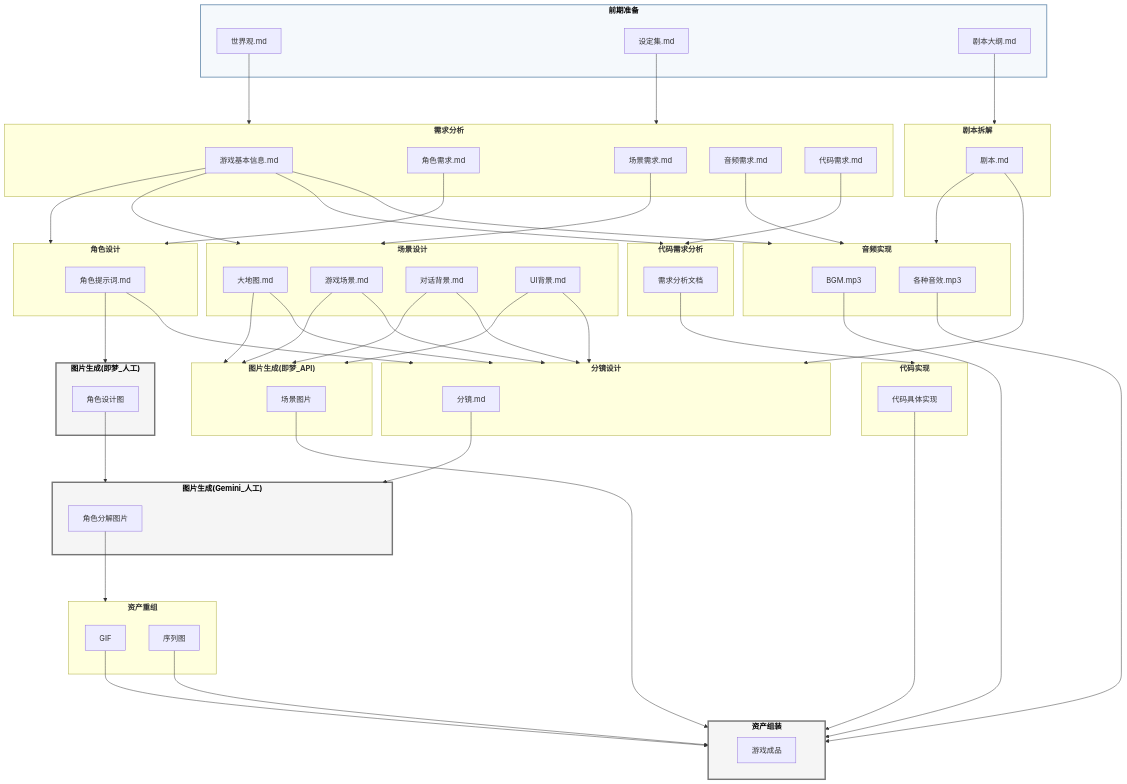
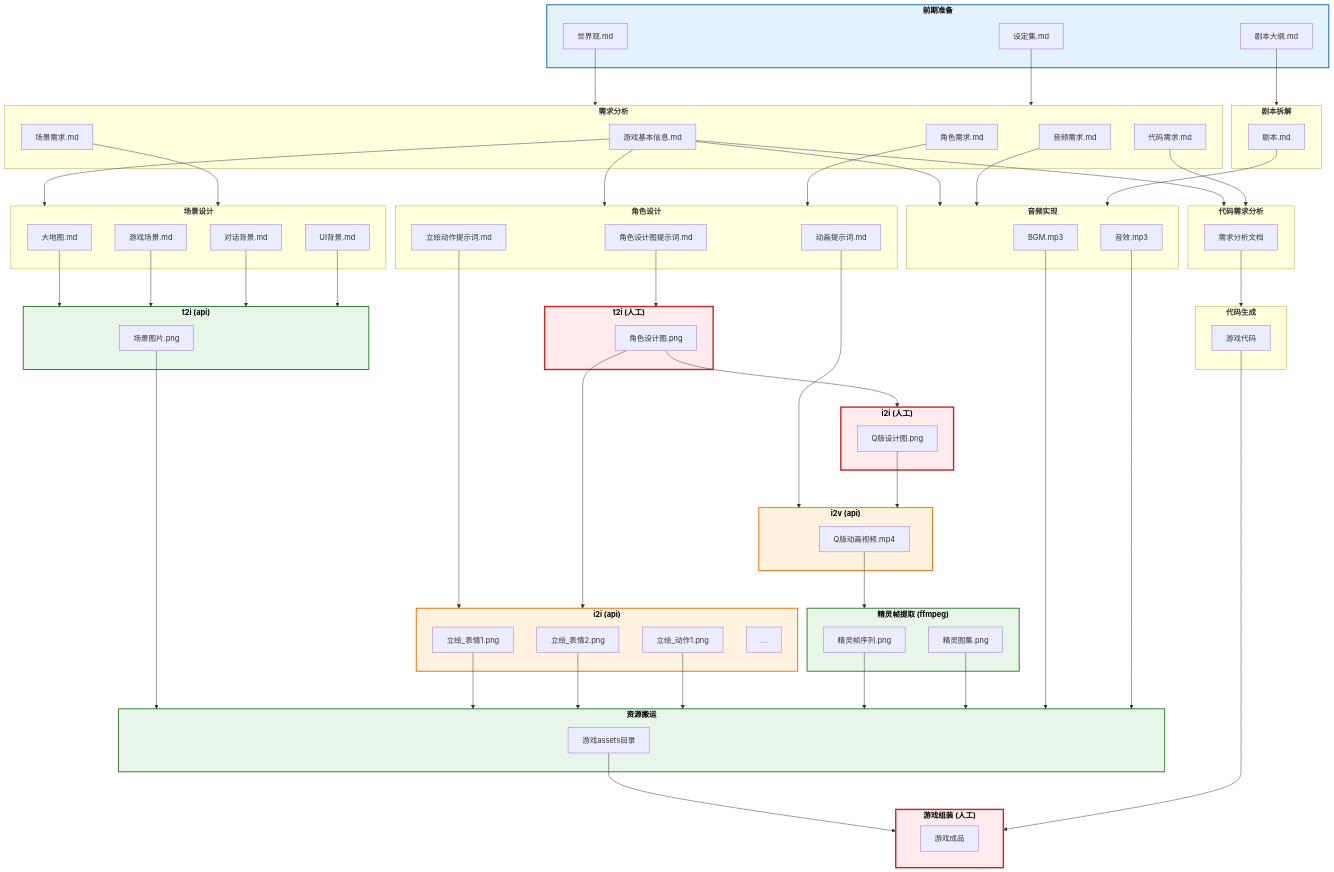
The diagram in README.md (CrazyJinn/AllCopper), drawn with Mermaid before and after one commit. The commit also changed other lines of this file and 52 other files, not shown here.

````diff
--- a/README.md
+++ b/README.md
@@ -3,5 +3,5 @@
 ```mermaid
-%%{init: {'flowchart': {'nodeSpacing': 50, 'rankSpacing': 100, 'curve': 'basis', 'htmlLabels': true}, 'themeVariables': {'nodeTextAlignment': 'center', 'subGraphTitleFontWeight': 'bold'}}}%%
+%%{init: {'flowchart': {'nodeSpacing': 50, 'rankSpacing': 80, 'curve': 'basis', 'htmlLabels': true}, 'themeVariables': {'nodeTextAlignment': 'center', 'subGraphTitleFontWeight': 'bold'}}}%%
 flowchart TB
     %% ========== 前期准备 ==========
     subgraph S0前期准备["<b>前期准备</b>"]
@@ -26,7 +26,9 @@
 
     %% ========== 3. 角色设计 ==========
     subgraph S3角色设计["<b>角色设计</b>"]
-        S3O1[角色提示词.md]
+        S3O1[角色设计图提示词.md]
+        S3O2[立绘动作提示词.md]
+        S3O3[动画提示词.md]
     end
 
     %% ========== 4. 场景设计 ==========
@@ -42,79 +44,95 @@
         S5O1[需求分析文档]
     end
 
-    %% ========== 6. 角色实现 ==========
-    subgraph S6角色实现["<b>图片生成(即梦_人工)</b>"]
-        S6O1[角色设计图]
+    %% ========== 6. t2i(人工) ==========
+    subgraph S6t2i人工["<b>t2i (人工)</b>"]
+        S6O1[角色设计图.png]
     end
 
-    %% ========== 7. 场景实现 ==========
-    subgraph S7场景实现["<b>图片生成(即梦_API)</b>"]
-        S7O1[场景图片]
+    %% ========== 7. t2i(api) ==========
+    subgraph S7t2iapi["<b>t2i (api)</b>"]
+        S7O1[场景图片.png]
     end
 
-    %% ========== 8. 音频实现 ==========
-    subgraph S8音频实现["<b>音频实现</b>"]
-        S8O1[BGM.mp3]
-        S8O2[各种音效.mp3]
+    %% ========== 8. i2i(图片) ==========
+    subgraph S8i2i图片["<b>i2i (api)</b>"]
+        S8O1[立绘_表情1.png]
+        S8O2[立绘_表情2.png]
+        S8O3[立绘_动作1.png]
+        S8O4[...]
     end
 
-    %% ========== 9. 代码实现 ==========
-    subgraph S9代码实现["<b>代码实现</b>"]
-        S9O1[代码具体实现]
+    %% ========== 9. i2i(人工) ==========
+    subgraph S9i2i人工["<b>i2i (人工)</b>"]
+        S9O1[Q版设计图.png]
     end
 
-    %% ========== 10. 分镜设计 ==========
-    subgraph S10分镜设计["<b>分镜设计</b>"]
-        S10O1[分镜.md]
+    %% ========== 10. i2v(api) ==========
+    subgraph S10i2vapi["<b>i2v (api)</b>"]
+        S10O1[Q版动画视频.mp4]
     end
 
-    %% ========== 11. 角色分解 ==========
-    subgraph S11角色分解["<b>图片生成(Gemini_人工)</b>"]
-        S11O1[角色分解图片]
+    %% ========== 11. 精灵帧提取 ==========
+    subgraph S11精灵帧提取["<b>精灵帧提取 (ffmpeg)</b>"]
+        S11O1[精灵帧序列.png]
+        S11O2[精灵图集.png]
     end
 
-    %% ========== 12. 资产重组 ==========
-    subgraph S12资产重组["<b>资产重组</b>"]
-        S12O1[GIF]
-        S12O2[序列图]
+    %% ========== 12. 音频实现 ==========
+    subgraph S12音频实现["<b>音频实现</b>"]
+        S12O1[BGM.mp3]
+        S12O2[音效.mp3]
     end
 
-    %% ========== 13. 资产组装 ==========
-    subgraph S13资产组装["<b>资产组装</b>"]
-        S13O1[游戏成品]
+    %% ========== 13. 代码生成 ==========
+    subgraph S13代码生成["<b>代码生成</b>"]
+        S13O1[游戏代码]
+    end
+
+    %% ========== 14. 资源搬运 ==========
+    subgraph S14资源搬运["<b>资源搬运</b>"]
+        S14O1[游戏assets目录]
+    end
+
+    %% ========== 15. 游戏组装 ==========
+    subgraph S15游戏组装["<b>游戏组装 (人工)</b>"]
+        S15O1[游戏成品]
     end
 
     %% ========== 主流程连接线 ==========
     A1 & A2 --> S1需求分析
-
     A3 --> S2剧本拆解
 
     S1O1 & S1O2 --> S3角色设计
-
     S1O1 & S1O3 --> S4场景设计
-
     S1O1 & S1O5 --> S5代码需求分析
 
-    S3O1 --> S6角色实现
+    S3O1 --> S6t2i人工
+    S3O2 --> S8i2i图片
+    S3O3 --> S10i2vapi
+    S4O1 & S4O2 & S4O3 & S4O4 --> S7t2iapi
 
-    S4O1 & S4O2 & S4O3 & S4O4 --> S7场景实现
+    S6O1 --> S8i2i图片
+    S6O1 --> S9i2i人工
 
-    S1O1 & S1O4 & S2O1 --> S8音频实现
+    S9O1 --> S10i2vapi
+    S10O1 --> S11精灵帧提取
 
-    S5O1 --> S9代码实现
+    S1O1 & S1O4 & S2O1 --> S12音频实现
 
-    S2O1 & S3O1 & S4O1 & S4O2 & S4O3 & S4O4 --> S10分镜设计
+    S5O1 --> S13代码生成
 
-    S6O1 & S10O1 --> S11角色分解
-
-    S11O1 --> S12资产重组
-
-    S7O1 & S8O1 & S8O2 & S9O1 & S12O1 & S12O2 --> S13资产组装
+    S7O1 & S8O1 & S8O2 & S8O3 & S11O1 & S11O2 & S12O1 & S12O2 --> S14资源搬运
+    S14O1 & S13O1 --> S15游戏组装
 
     %% ========== 样式定义 ==========
-    classDef manual fill:#f5f5f5,stroke:#757575,stroke-width:3px,color:#000
-    classDef input fill:#f5f9fc,stroke:#7a9bb8,stroke-width:2px,color:#000
+    classDef manual fill:#ffebee,stroke:#c62828,stroke-width:3px,color:#000
+    classDef semi fill:#fff3e0,stroke:#ef6c00,stroke-width:2px,color:#000
+    classDef auto fill:#e8f5e9,stroke:#2e7d32,stroke-width:2px,color:#000
+    classDef input fill:#e3f2fd,stroke:#1565c0,stroke-width:2px,color:#000
 
-    class S6角色实现,S11角色分解,S13资产组装 manual
+    class S6t2i人工,S9i2i人工,S15游戏组装 manual
+    class S8i2i图片,S10i2vapi semi
+    class S7t2iapi,S11精灵帧提取,S14资源搬运 auto
     class S0前期准备 input
 ```
````
